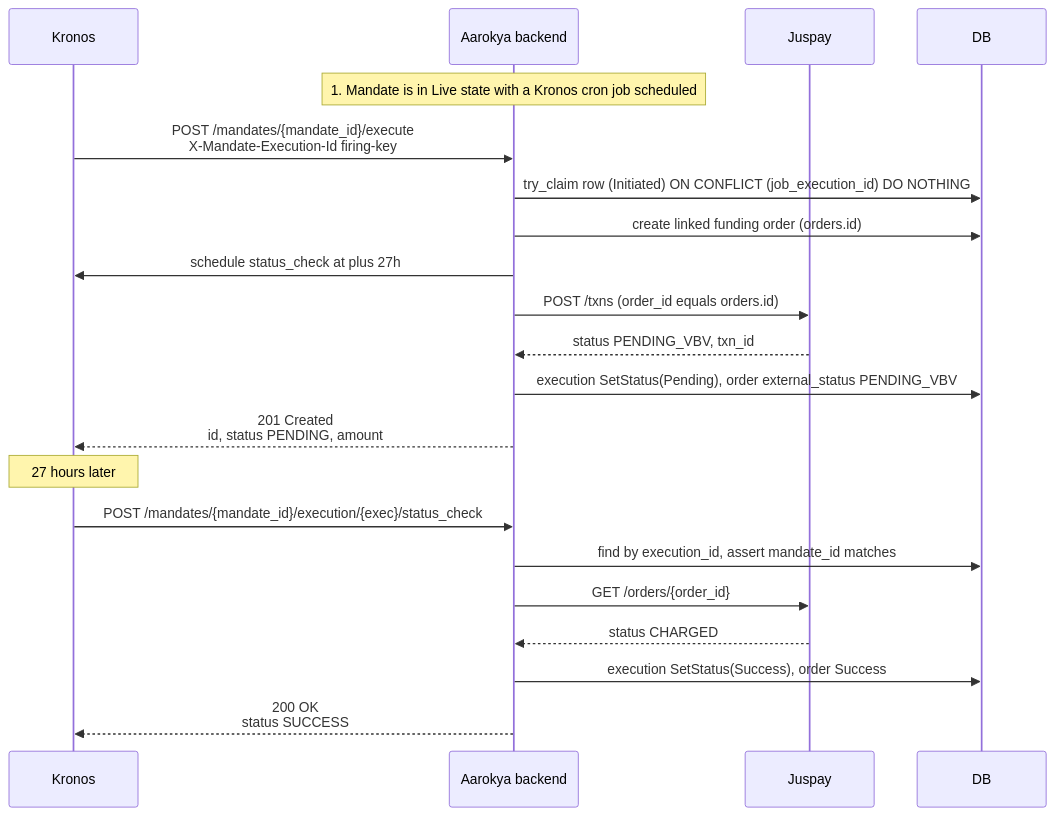
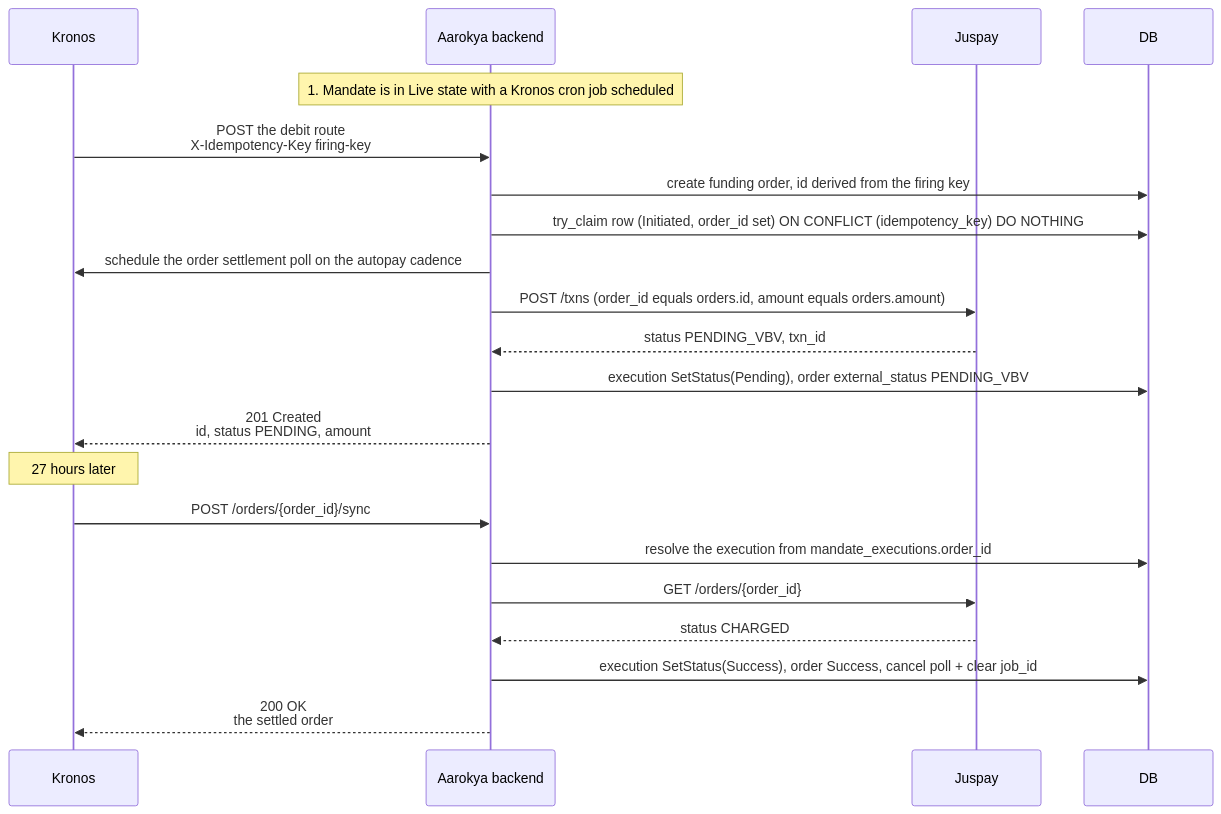
One commit to anu19981/aarokya-backend changed the diagram in api-reference/modules/mandate_execution.mdx. Above: the diagram before and after it, drawn with Mermaid. The commit also changed other lines of this file and 90 other files, not shown here.

Commit message:
sync: update api-reference from aarokya-agentic-app

````diff
--- a/api-reference/modules/mandate_execution.mdx
+++ b/api-reference/modules/mandate_execution.mdx
@@ -70,25 +110,25 @@
 ```mermaid
 sequenceDiagram
     participant Kronos
     participant Aarokya as Aarokya backend
     participant Juspay
     participant DB
 
     Note over Aarokya: 1. Mandate is in Live state with a Kronos cron job scheduled
-    Kronos->>Aarokya: POST /mandates/{mandate_id}/execute<br/>X-Mandate-Execution-Id firing-key
-    Aarokya->>DB: try_claim row (Initiated) ON CONFLICT (job_execution_id) DO NOTHING
-    Aarokya->>DB: create linked funding order (orders.id)
-    Aarokya->>Kronos: schedule status_check at plus 27h
-    Aarokya->>Juspay: POST /txns (order_id equals orders.id)
+    Kronos->>Aarokya: POST the debit route<br/>X-Idempotency-Key firing-key
+    Aarokya->>DB: create funding order, id derived from the firing key
+    Aarokya->>DB: try_claim row (Initiated, order_id set) ON CONFLICT (idempotency_key) DO NOTHING
+    Aarokya->>Kronos: schedule the order settlement poll on the autopay cadence
+    Aarokya->>Juspay: POST /txns (order_id equals orders.id, amount equals orders.amount)
     Juspay-->>Aarokya: status PENDING_VBV, txn_id
     Aarokya->>DB: execution SetStatus(Pending), order external_status PENDING_VBV
     Aarokya-->>Kronos: 201 Created<br/>id, status PENDING, amount
 
     Note over Kronos: 27 hours later
-    Kronos->>Aarokya: POST /mandates/{mandate_id}/execution/{exec}/status_check
-    Aarokya->>DB: find by execution_id, assert mandate_id matches
+    Kronos->>Aarokya: POST /orders/{order_id}/sync
+    Aarokya->>DB: resolve the execution from mandate_executions.order_id
     Aarokya->>Juspay: GET /orders/{order_id}
     Juspay-->>Aarokya: status CHARGED
-    Aarokya->>DB: execution SetStatus(Success), order Success
-    Aarokya-->>Kronos: 200 OK<br/>status SUCCESS
+    Aarokya->>DB: execution SetStatus(Success), order Success, cancel poll + clear job_id
+    Aarokya-->>Kronos: 200 OK<br/>the settled order
 ```
````
